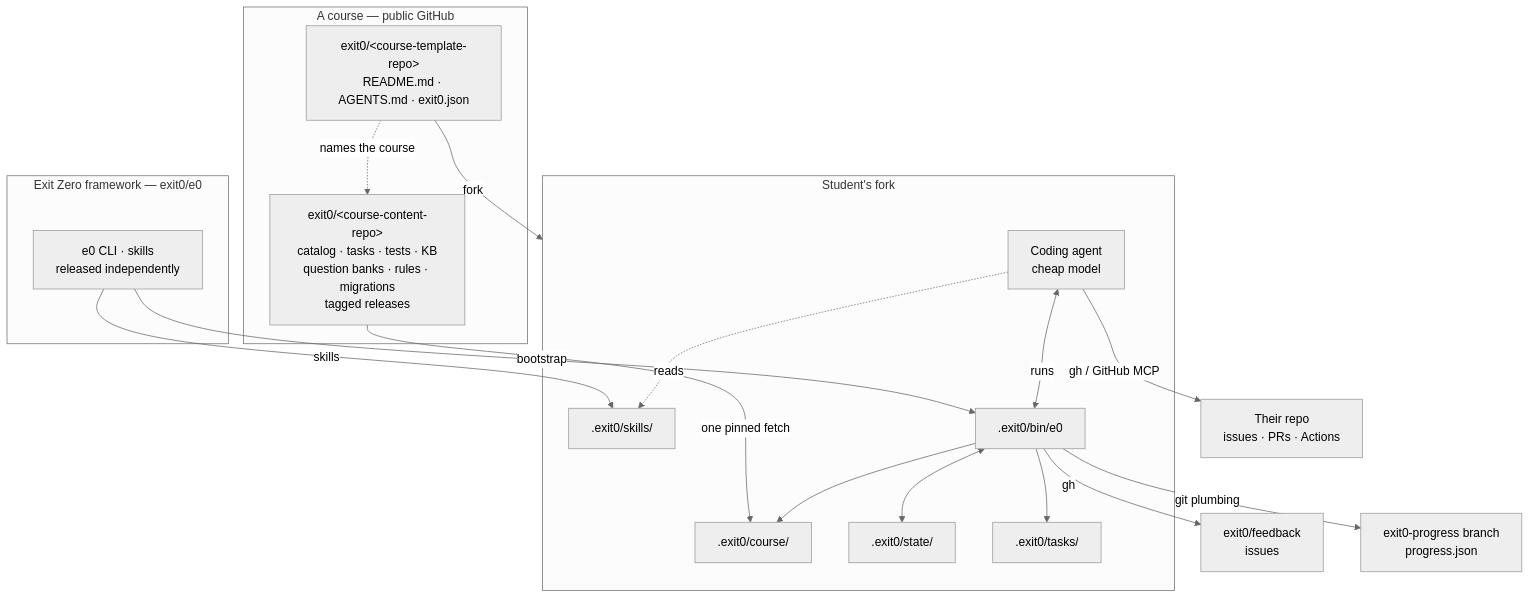
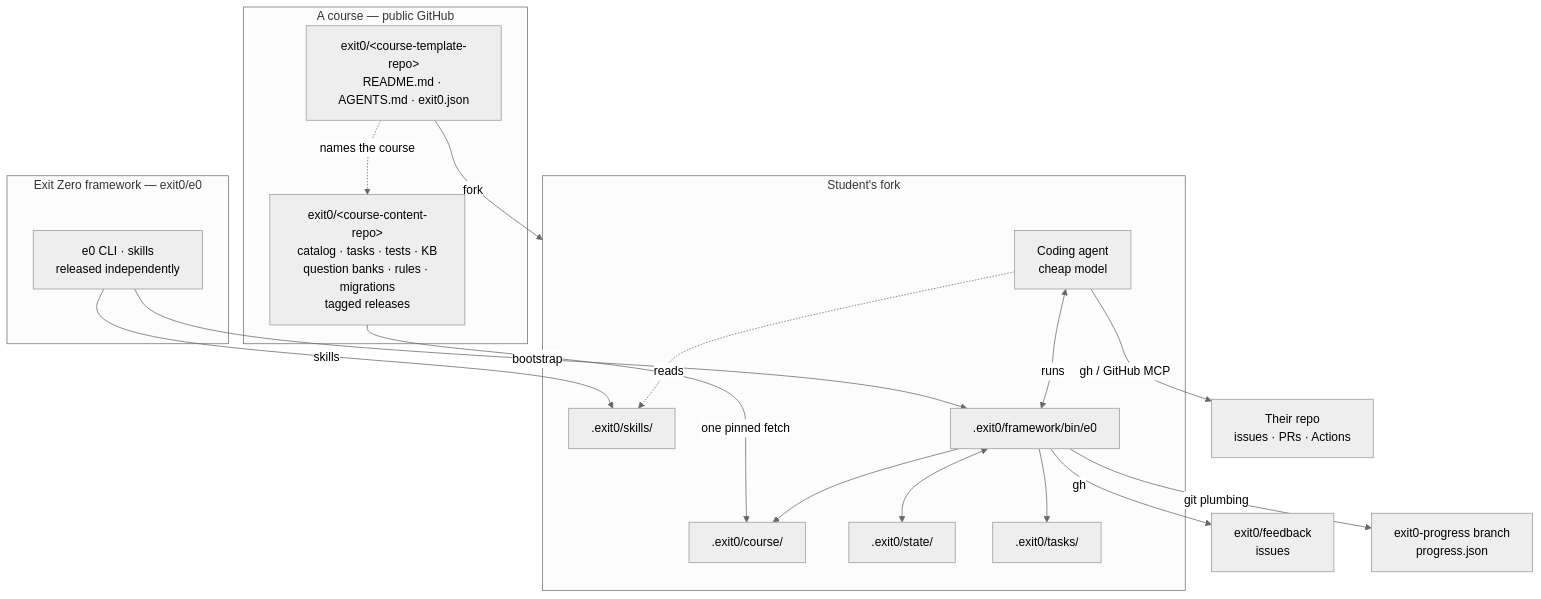
Before and after one commit to exit0-io/e0: the diagram in docs/superpowers/specs/2026-08-09-agent-native-learning-design.md, drawn with Mermaid (neutral theme). The commit also changed other lines of this file and 1 other file, not shown here.

First line of the commit message:
docs: keep .exit0/framework/ — Task 15 rejected on reflection

````diff
--- a/docs/superpowers/specs/2026-08-09-agent-native-learning-design.md
+++ b/docs/superpowers/specs/2026-08-09-agent-native-learning-design.md
@@ -100,35 +100,35 @@
 ```mermaid
 flowchart TB
     subgraph Framework["Exit Zero framework — exit0/e0"]
         FW["e0 CLI · skills<br/>released independently"]
     end
     subgraph Course["A course — public GitHub"]
         CR["exit0/&lt;course-content-repo&gt;<br/>catalog · tasks · tests · KB<br/>question banks · rules · migrations<br/>tagged releases"]
         TR["exit0/&lt;course-template-repo&gt;<br/>README.md · AGENTS.md · exit0.json"]
     end
     FB["exit0/feedback<br/>issues"]
     subgraph Local["Student's fork"]
         AG["Coding agent<br/>cheap model"]
         SK[".exit0/skills/"]
-        CLI[".exit0/bin/e0"]
+        CLI[".exit0/framework/bin/e0"]
         CO[".exit0/course/"]
         ST[".exit0/state/"]
         TA[".exit0/tasks/"]
     end
     GH["Their repo<br/>issues · PRs · Actions"]
     PB["exit0-progress branch<br/>progress.json"]
 
     TR -->|fork| Local
     FW -->|bootstrap| CLI
     FW -->|skills| SK
     CR -->|one pinned fetch| CO
     TR -.names the course.-> CR
     AG -.reads.-> SK
     AG <-->|runs| CLI
     CLI --> CO
     CLI <--> ST
     CLI --> TA
     CLI -->|git plumbing| PB
     AG -->|gh / GitHub MCP| GH
     CLI -->|gh| FB
 ```
````
